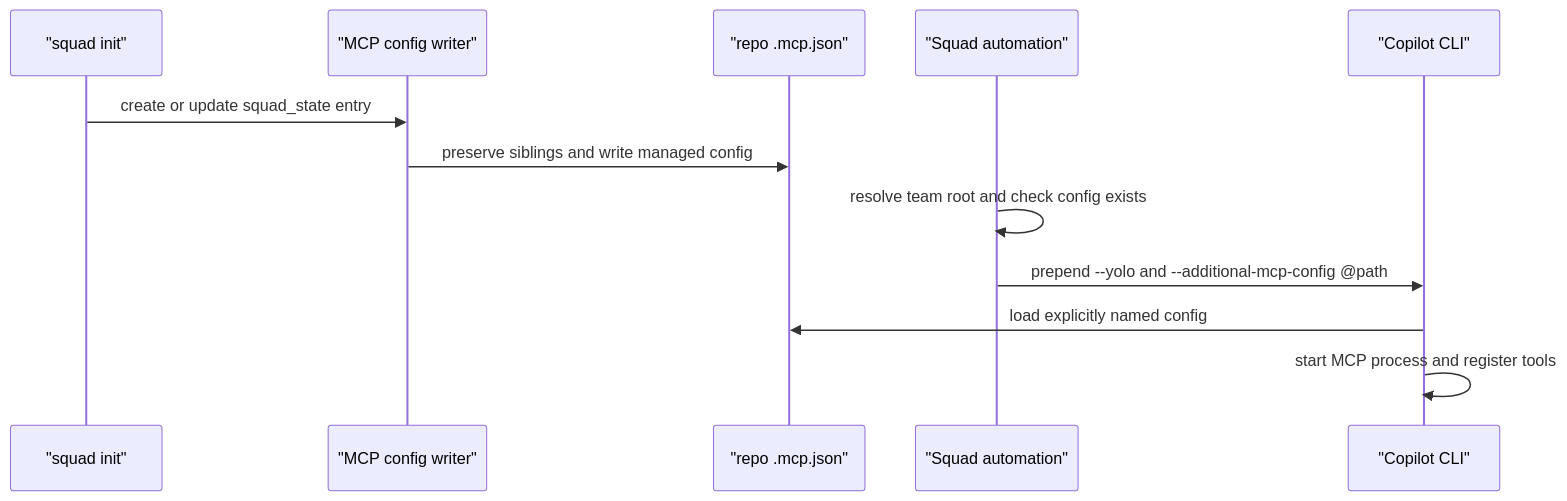
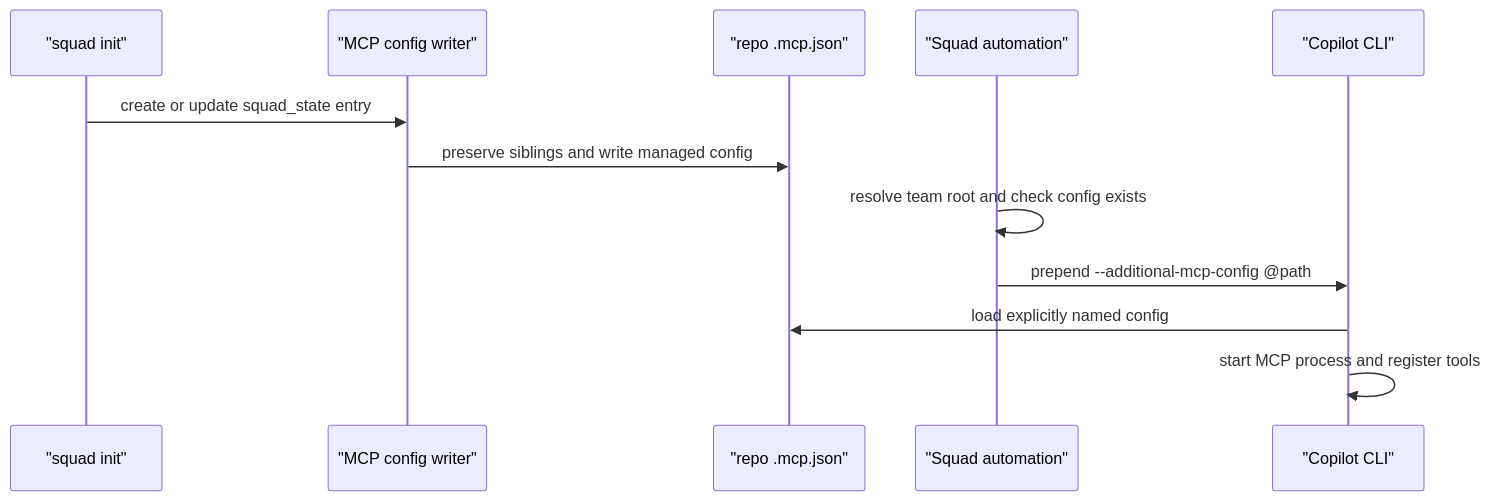
One commit to cwoodruff/squad-book changed the second of 2 diagrams in book/vol2/part-01/ch01-mcp.md. Above: the diagram before and after it, drawn with Mermaid. The commit also changed other lines of this file and 68 other files, not shown here.

````diff
--- a/book/vol2/part-01/ch01-mcp.md
+++ b/book/vol2/part-01/ch01-mcp.md
@@ -190,14 +214,14 @@
 ```mermaid
 sequenceDiagram
   participant I as "squad init"
   participant W as "MCP config writer"
   participant F as "repo .mcp.json"
   participant S as "Squad automation"
   participant C as "Copilot CLI"
   I->>W: create or update squad_state entry
   W->>F: preserve siblings and write managed config
   S->>S: resolve team root and check config exists
-  S->>C: prepend --yolo and --additional-mcp-config @path
+  S->>C: prepend --additional-mcp-config @path
   C->>F: load explicitly named config
   C->>C: start MCP process and register tools
 ```
````
